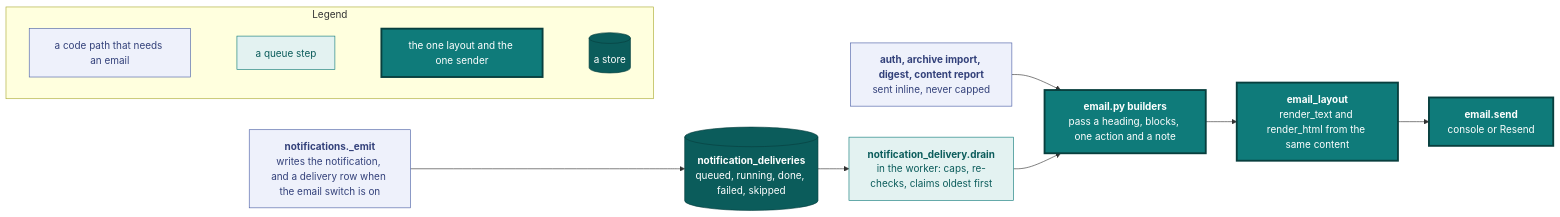
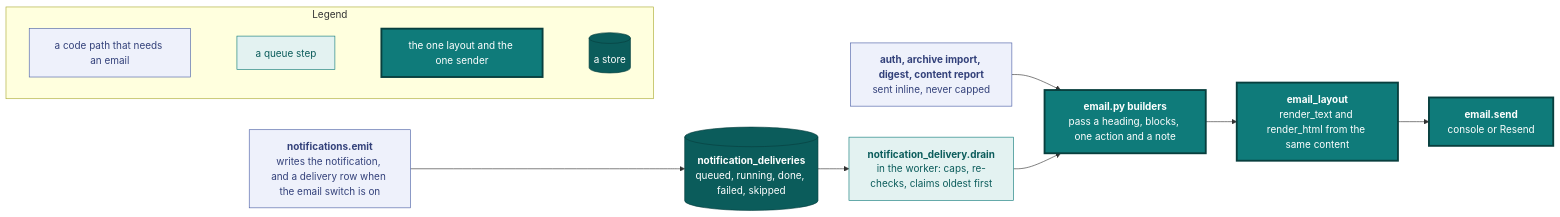
The fourth of 6 diagrams in docs/engineering.md (vidithq/vidit), drawn with Mermaid before and after one commit. The commit also changed other lines of this file and 155 other files, not shown here.

````diff
--- a/docs/engineering.md
+++ b/docs/engineering.md
@@ -447,35 +450,35 @@
 ```mermaid
 flowchart LR
   classDef spec fill:#eef1fb,stroke:#4a5fa5,color:#33417a
   classDef shared fill:#e3f2f1,stroke:#0f7b7a,color:#0b5c5b
   classDef core fill:#0f7b7a,stroke:#083f3e,stroke-width:3px,color:#ffffff
   classDef store fill:#0b5c5b,stroke:#083f3e,color:#ffffff
 
   subgraph legend [Legend]
     direction LR
     l1["`a code path that needs an email`"]:::spec
     l2["`a queue step`"]:::shared
     l3["`the one layout and the one sender`"]:::core
     l4[("`a store`")]:::store
     l1 ~~~ l2 ~~~ l3 ~~~ l4
   end
 
   inline["`**auth, archive import, digest, content report**
   sent inline, never capped`"]:::spec
-  emit["`**notifications._emit**
+  emit["`**notifications.emit**
   writes the notification, and a delivery row when the email switch is on`"]:::spec
   queue[("`**notification_deliveries**
   queued, running, done, failed, skipped`")]:::store
   drain["`**notification_delivery.drain**
   in the worker: caps, re-checks, claims oldest first`"]:::shared
   builders["`**email.py builders**
   pass a heading, blocks, one action and a note`"]:::core
   layout["`**email_layout**
   render_text and render_html from the same content`"]:::core
   send["`**email.send**
   console or Resend`"]:::core
 
   inline --> builders
   emit --> queue --> drain --> builders
   builders --> layout --> send
 ```
````
